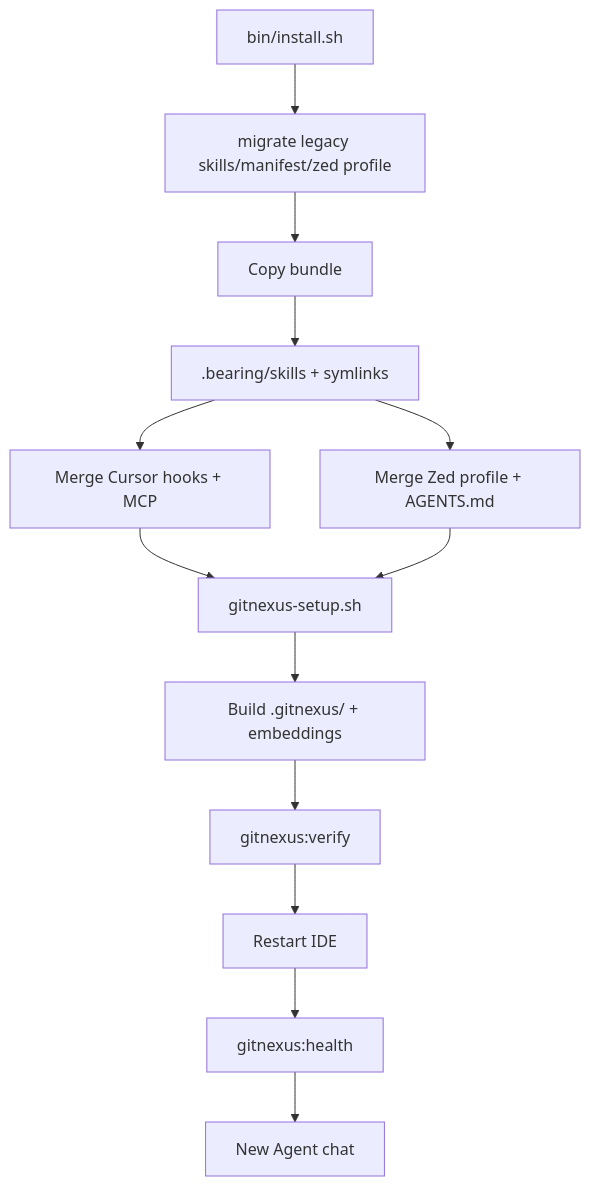
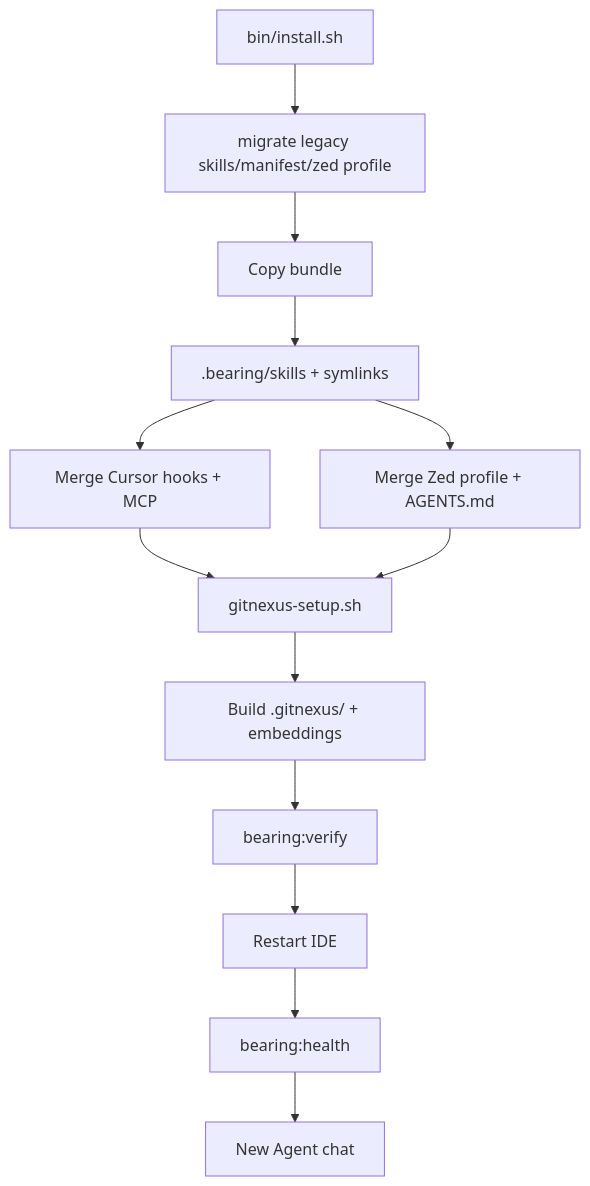
One commit to ReidenXerx/bearing changed the eighth of 9 diagrams in docs/ARCHITECTURE.md. Above: the diagram before and after it, drawn with Mermaid. The commit also changed other lines of this file and 12 other files, not shown here.

````diff
--- a/docs/ARCHITECTURE.md
+++ b/docs/ARCHITECTURE.md
@@ -192,15 +192,15 @@
 ```mermaid
 flowchart TB
   I["bin/install.sh"] --> M[migrate legacy skills/manifest/zed profile]
   M --> B[Copy bundle]
   B --> SK[".bearing/skills + symlinks"]
   SK --> MC[Merge Cursor hooks + MCP]
   SK --> MZ[Merge Zed profile + AGENTS.md]
   MC --> S[gitnexus-setup.sh]
   MZ --> S
   S --> IDX["Build .gitnexus/ + embeddings"]
-  IDX --> V["gitnexus:verify"]
+  IDX --> V["bearing:verify"]
   V --> R[Restart IDE]
-  R --> H["gitnexus:health"]
+  R --> H["bearing:health"]
   H --> C[New Agent chat]
 ```
````
